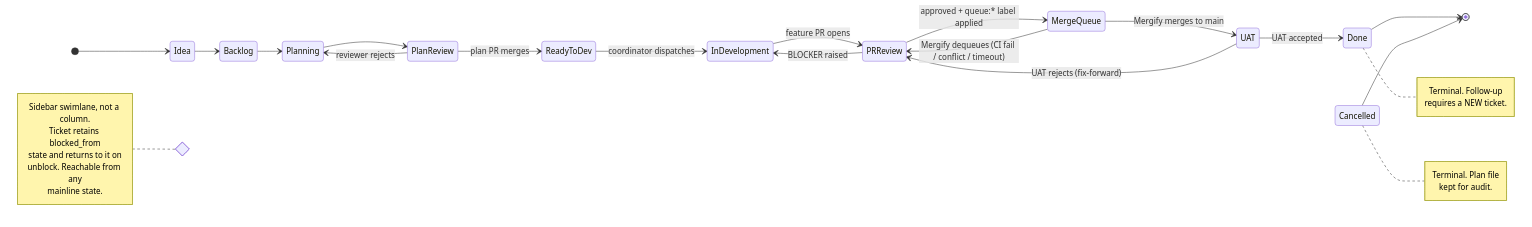
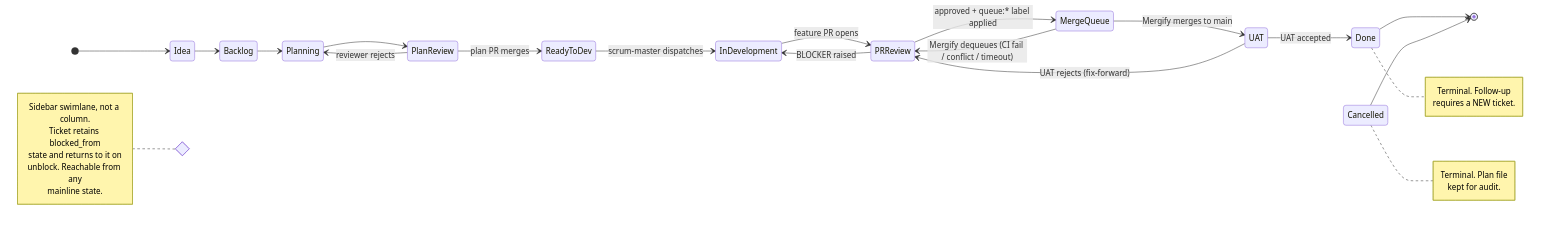
The diagram in references/kanban-states.md (thomasbillings/jak-pipeline), drawn with Mermaid before and after one commit. The commit also changed other lines of this file and 52 other files, not shown here.

````diff
--- a/references/kanban-states.md
+++ b/references/kanban-states.md
@@ -72,39 +72,39 @@
 ```mermaid
 stateDiagram-v2
   direction LR
   [*] --> Idea
   Idea --> Backlog
   Backlog --> Planning
   Planning --> PlanReview
   PlanReview --> Planning : reviewer rejects
   PlanReview --> ReadyToDev : plan PR merges
-  ReadyToDev --> InDevelopment : coordinator dispatches
+  ReadyToDev --> InDevelopment : scrum-master dispatches
   InDevelopment --> PRReview : feature PR opens
   PRReview --> InDevelopment : BLOCKER raised
   PRReview --> MergeQueue : approved + queue:* label applied
   MergeQueue --> PRReview : Mergify dequeues (CI fail / conflict / timeout)
   MergeQueue --> UAT : Mergify merges to main
   UAT --> PRReview : UAT rejects (fix-forward)
   UAT --> Done : UAT accepted
   Done --> [*]
   Cancelled --> [*]
 
   note right of Done
     Terminal. Follow-up
     requires a NEW ticket.
   end note
 
   note right of Cancelled
     Terminal. Plan file
     kept for audit.
   end note
 
   state Blocked <<choice>>
   note left of Blocked
     Sidebar swimlane, not a column.
     Ticket retains blocked_from
     state and returns to it on
     unblock. Reachable from any
     mainline state.
   end note
 ```
````
